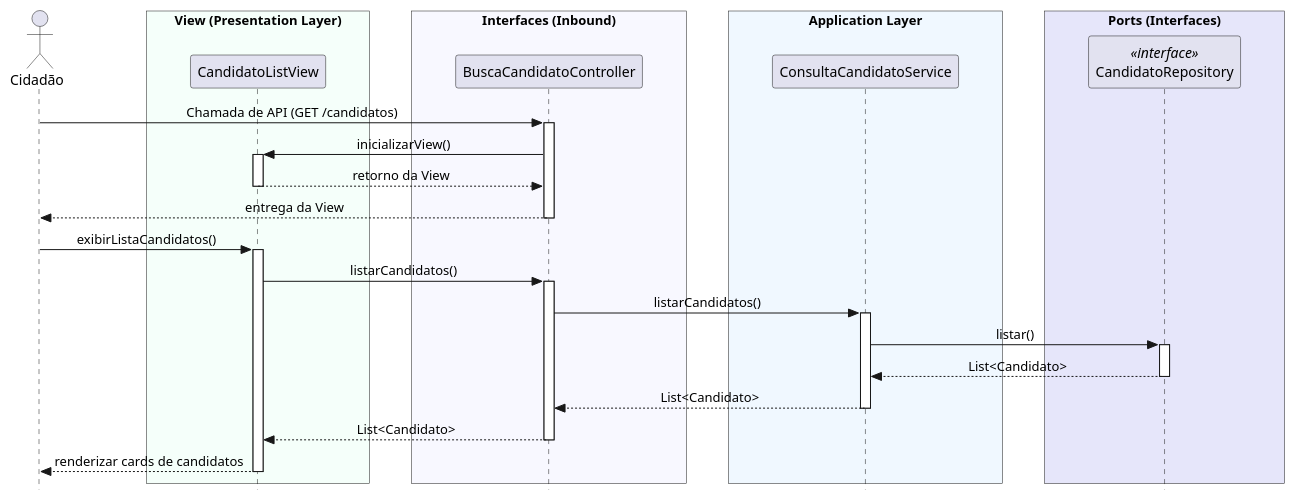
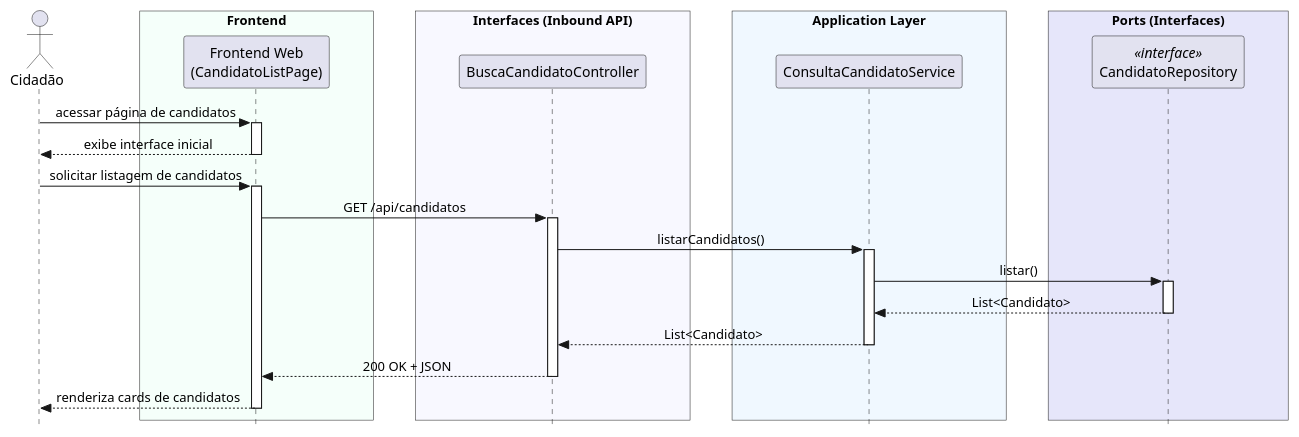
One commit to gabrielfaravola/ProjetoEngenharia changed the diagram in Documentação/04 - Implementação/Diagramas_de_Sequência_de_Implementação/UC5.md. Above: the diagram before and after it, drawn with PlantUML. The commit also changed other lines of this file, not shown here.

````diff
--- a/Documentação/04 - Implementação/Diagramas_de_Sequência_de_Implementação/UC5.md
+++ b/Documentação/04 - Implementação/Diagramas_de_Sequência_de_Implementação/UC5.md
@@ -6,64 +6,58 @@
 ```plantuml
 @startuml
 skinparam style strictuml
 skinparam sequenceMessageAlign center
 skinparam ParticipantPadding 40
 skinparam ParticipantMinWidth 140
 skinparam BoxPadding 20
 
 actor "Cidadão" as User
 
-box "View (Presentation Layer)" #MintCream
-participant "CandidatoListView" as View
+box "Frontend" #MintCream
+participant "Frontend Web\n(CandidatoListPage)" as Front
 end box
 
-box "Interfaces (Inbound)" #GhostWhite
+box "Interfaces (Inbound API)" #GhostWhite
 participant "BuscaCandidatoController" as Ctrl
 end box
 
 box "Application Layer" #AliceBlue
 participant "ConsultaCandidatoService" as Service
 end box
 
 box "Ports (Interfaces)" #Lavender
 participant "CandidatoRepository" as Repo <<interface>>
 end box
 
-' --- INTERAÇÃO INICIAL DE ACESSO (CHAMADA DE API) ---
-User -> Ctrl : Chamada de API (GET /candidatos)
-activate Ctrl
+' --- Carregamento inicial da página ---
+User -> Front : acessar página de candidatos
+activate Front
+Front --> User : exibe interface inicial
+deactivate Front
 
-Ctrl -> View : inicializarView()
-activate View
-View --> Ctrl : retorno da View
-deactivate View
+' --- Requisição da lista de candidatos ---
+User -> Front : solicitar listagem de candidatos
+activate Front
 
-Ctrl --> User : entrega da View
-deactivate Ctrl
-
-' --- FLUXO ORIGINAL DE PROCESSAMENTO ---
-User -> View : exibirListaCandidatos()
-activate View
-
-View -> Ctrl : listarCandidatos()
+Front -> Ctrl : GET /api/candidatos
 activate Ctrl
 
 Ctrl -> Service : listarCandidatos()
 activate Service
 
 Service -> Repo : listar()
 activate Repo
 Repo --> Service : List<Candidato>
 deactivate Repo
 
 Service --> Ctrl : List<Candidato>
 deactivate Service
 
-Ctrl --> View : List<Candidato>
+Ctrl --> Front : 200 OK + JSON
 deactivate Ctrl
 
-View --> User : renderizar cards de candidatos
-deactivate View
+Front --> User : renderiza cards de candidatos
+deactivate Front
 
 @enduml
 ```
````
